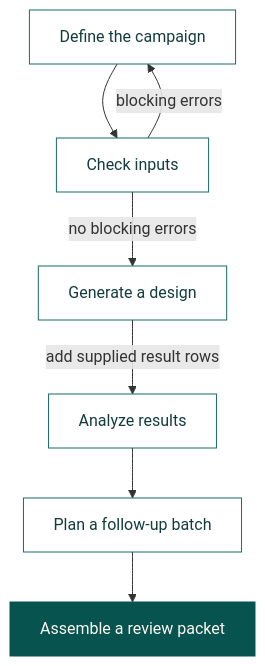
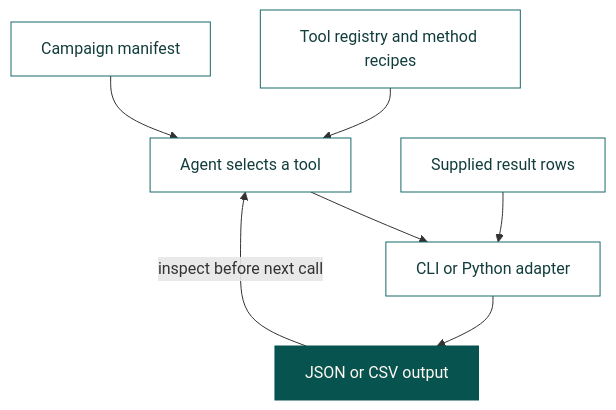
One commit to BioSymphony/ferm-doe changed the diagram in skills/biosymphony-ferm-doe/references/docs/diagrams/agent-loop-public.mmd. Above: the diagram before and after it, drawn with Mermaid. The commit also changed 17 other files, not shown here.

```diff
--- a/skills/biosymphony-ferm-doe/references/docs/diagrams/agent-loop-public.mmd
+++ b/skills/biosymphony-ferm-doe/references/docs/diagrams/agent-loop-public.mmd
@@ -1,11 +1,11 @@
 flowchart TB
-  A["Define the campaign"] --> B["Check inputs"]
-  B -->|"blocking errors"| A
-  B -->|"no blocking errors"| C["Generate a design"]
-  C -->|"add supplied result rows"| D["Analyze results"]
-  D --> E["Plan a follow-up batch"]
-  E --> F["Assemble a review packet"]
+  K["Tool registry and method recipes"] --> A["Agent selects a tool"]
+  A --> C["CLI or Python adapter"]
+  C --> O["JSON or CSV output"]
+  O -->|"inspect before next call"| A
+  M["Campaign manifest"] --> A
+  R["Supplied result rows"] --> C
   classDef step fill:#ffffff,stroke:#176b68,color:#123d3c;
   classDef output fill:#075350,stroke:#075350,color:#fffaf0;
-  class A,B,C,D,E step;
-  class F output;
+  class K,A,C,M,R step;
+  class O output;
```
